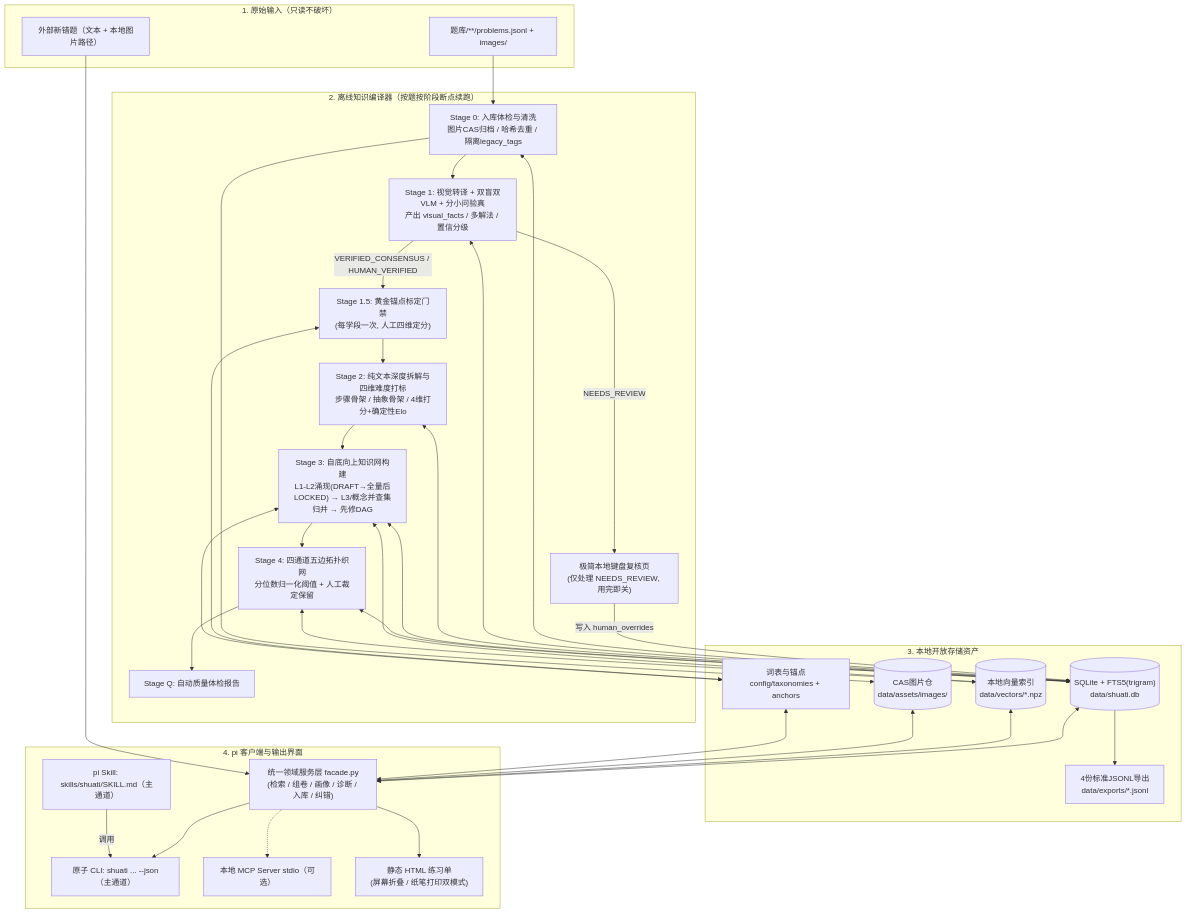
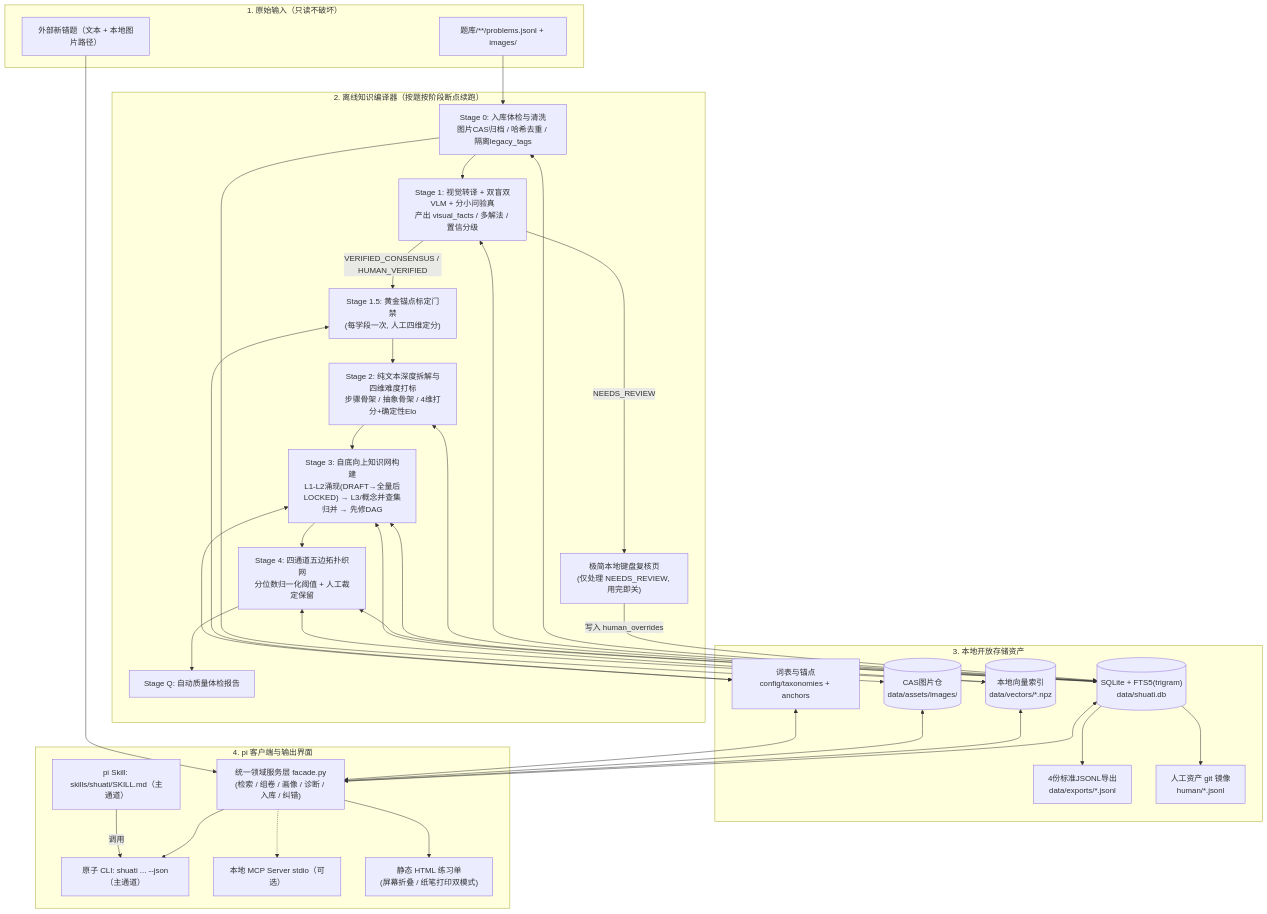
Before and after one commit to nakseuksa/shuati-harness: the first of 2 diagrams in docs/DESIGN.md, drawn with Mermaid. The commit also changed other lines of this file and 2 other files, not shown here.

````diff
--- a/docs/DESIGN.md
+++ b/docs/DESIGN.md
@@ -39,53 +49,55 @@
 ```mermaid
 flowchart TD
     subgraph Input["1. 原始输入（只读不破坏）"]
         RAW["题库/**/problems.jsonl + images/"]
         EXT["外部新错题（文本 + 本地图片路径）"]
     end
 
     subgraph Compiler["2. 离线知识编译器（按题按阶段断点续跑）"]
         S0["Stage 0: 入库体检与清洗<br/>图片CAS归档 / 哈希去重 / 隔离legacy_tags"]
         S1["Stage 1: 视觉转译 + 双盲双VLM + 分小问验真<br/>产出 visual_facts / 多解法 / 置信分级"]
         REV["极简本地键盘复核页<br/>(仅处理 NEEDS_REVIEW, 用完即关)"]
         S15["Stage 1.5: 黄金锚点标定门禁<br/>(每学段一次, 人工四维定分)"]
         S2["Stage 2: 纯文本深度拆解与四维难度打标<br/>步骤骨架 / 抽象骨架 / 4维打分+确定性Elo"]
         S3["Stage 3: 自底向上知识网构建<br/>L1-L2涌现(DRAFT→全量后LOCKED) → L3/概念并查集归并 → 先修DAG"]
         S4["Stage 4: 四通道五边拓扑织网<br/>分位数归一化阈值 + 人工裁定保留"]
         SQ["Stage Q: 自动质量体检报告"]
     end
 
     subgraph Storage["3. 本地开放存储资产"]
         DB[("SQLite + FTS5(trigram)<br/>data/shuati.db")]
         VEC[("本地向量索引<br/>data/vectors/*.npz")]
         CAS[("CAS图片仓<br/>data/assets/images/")]
         YAML["词表与锚点<br/>config/taxonomies + anchors"]
         JSONL["4份标准JSONL导出<br/>data/exports/*.jsonl"]
+        HJ["人工资产 git 镜像<br/>human/*.jsonl"]
     end
 
     subgraph Interface["4. pi 客户端与输出界面"]
         SVC["统一领域服务层 facade.py<br/>(检索 / 组卷 / 画像 / 诊断 / 入库 / 纠错)"]
         CLI["原子 CLI: shuati ... --json（主通道）"]
         SKILL["pi Skill: skills/shuati/SKILL.md（主通道）"]
         MCP["本地 MCP Server stdio（可选）"]
         HTML["静态 HTML 练习单<br/>(屏幕折叠 / 纸笔打印双模式)"]
     end
 
     RAW --> S0
     S0 --> S1
     S1 -->|"NEEDS_REVIEW"| REV
     REV -->|"写入 human_overrides"| DB
     S1 -->|"VERIFIED_CONSENSUS / HUMAN_VERIFIED"| S15
     S15 --> S2
     S2 --> S3 --> S4 --> SQ
     S0 & S1 & S2 & S3 & S4 <--> DB
     S0 --> CAS
     S15 & S3 <--> YAML
     S3 & S4 <--> VEC
     DB --> JSONL
+    DB --> HJ
 
     EXT --> SVC
     DB & VEC & CAS & YAML <--> SVC
     SVC --> CLI & HTML
     SVC -.-> MCP
     SKILL -->|"调用"| CLI
 ```
````
